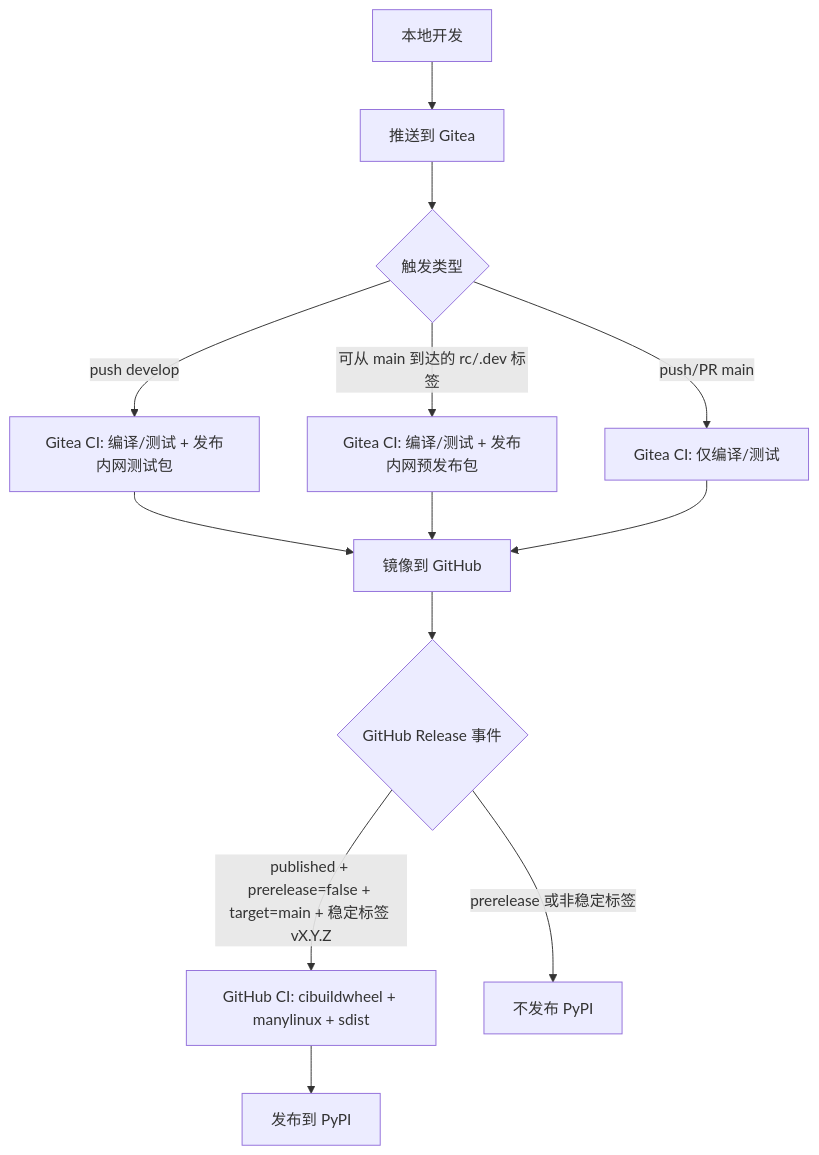
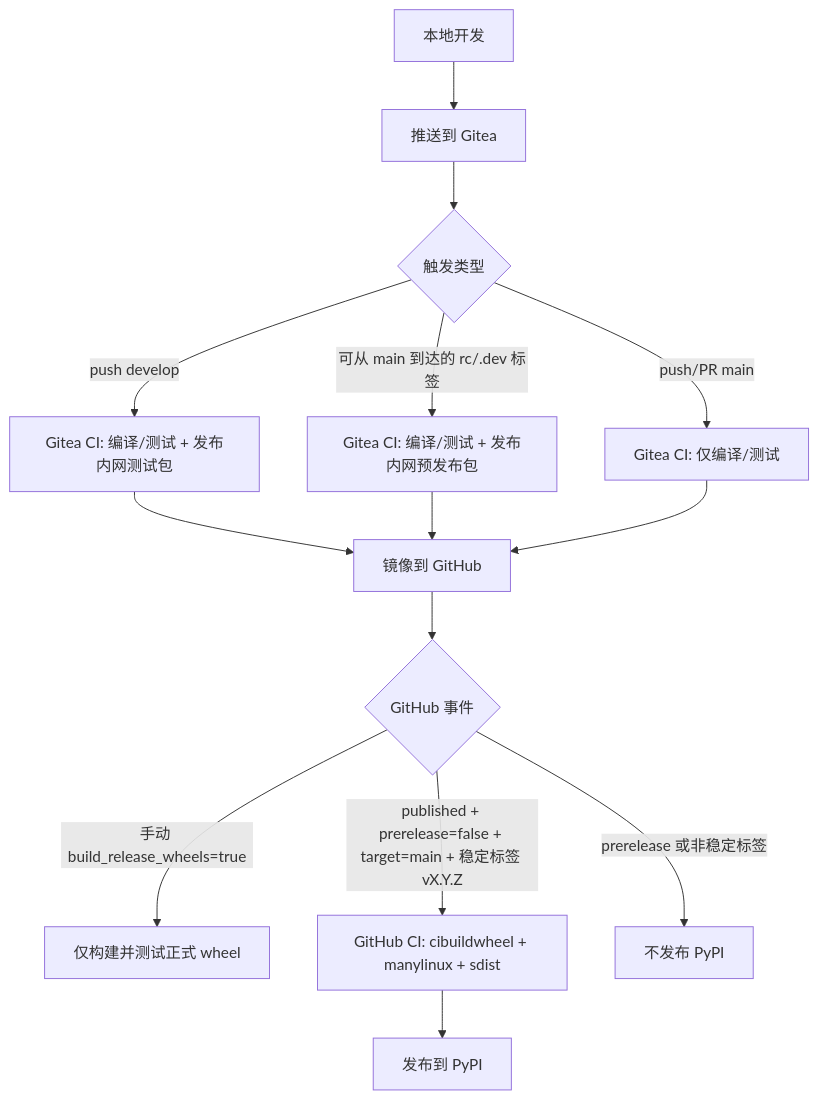
The diagram in docs/release/DEVELOPMENT_RELEASE_GUIDE.zh-CN.md (Hyperbolica-dev/MolGR), drawn with Mermaid before and after one commit. The commit also changed other lines of this file and 2 other files, not shown here.

First line of the commit message:
ci: add manual release wheel builds

````diff
--- a/docs/release/DEVELOPMENT_RELEASE_GUIDE.zh-CN.md
+++ b/docs/release/DEVELOPMENT_RELEASE_GUIDE.zh-CN.md
@@ -13,19 +13,20 @@
 ```mermaid
 flowchart TD
     A[本地开发] --> B[推送到 Gitea]
     B --> C{触发类型}
 
     C -->|push develop| D[Gitea CI: 编译/测试 + 发布内网测试包]
     C -->|可从 main 到达的 rc/.dev 标签| E[Gitea CI: 编译/测试 + 发布内网预发布包]
     C -->|push/PR main| F[Gitea CI: 仅编译/测试]
 
     D --> G[镜像到 GitHub]
     E --> G
     F --> G
 
-    G --> H{GitHub Release 事件}
+    G --> H{GitHub 事件}
+    H -->|手动 build_release_wheels=true| L[仅构建并测试正式 wheel]
     H -->|published + prerelease=false + target=main + 稳定标签 vX.Y.Z| I[GitHub CI: cibuildwheel + manylinux + sdist]
     H -->|prerelease 或非稳定标签| J[不发布 PyPI]
 
     I --> K[发布到 PyPI]
 ```
````
